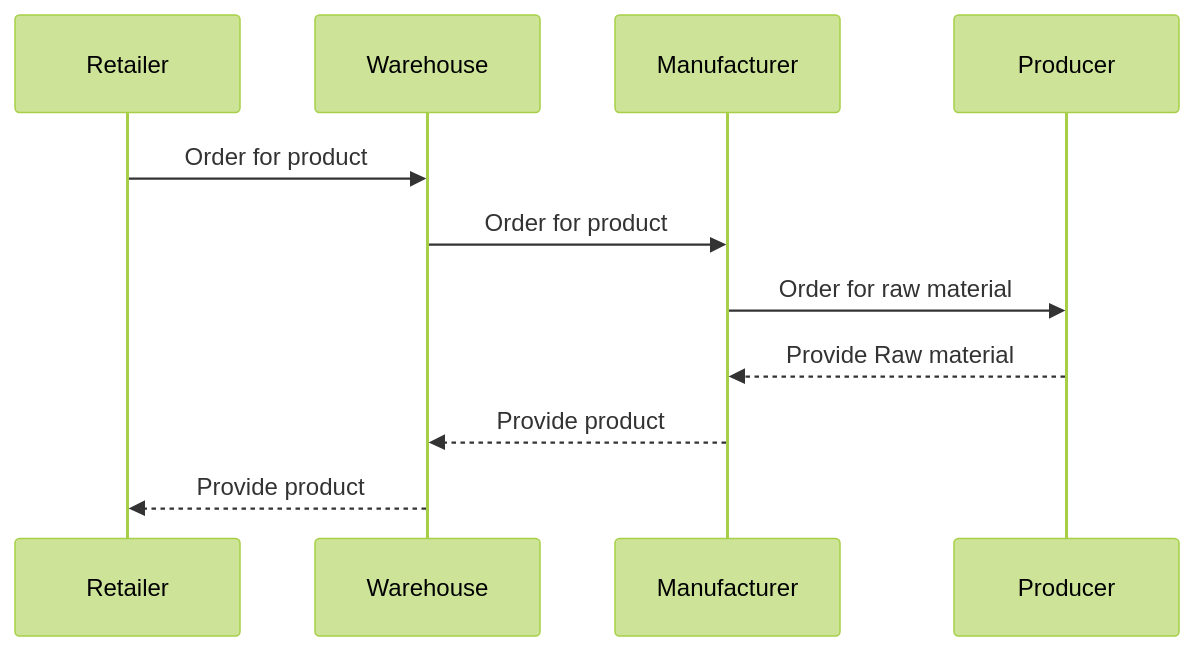
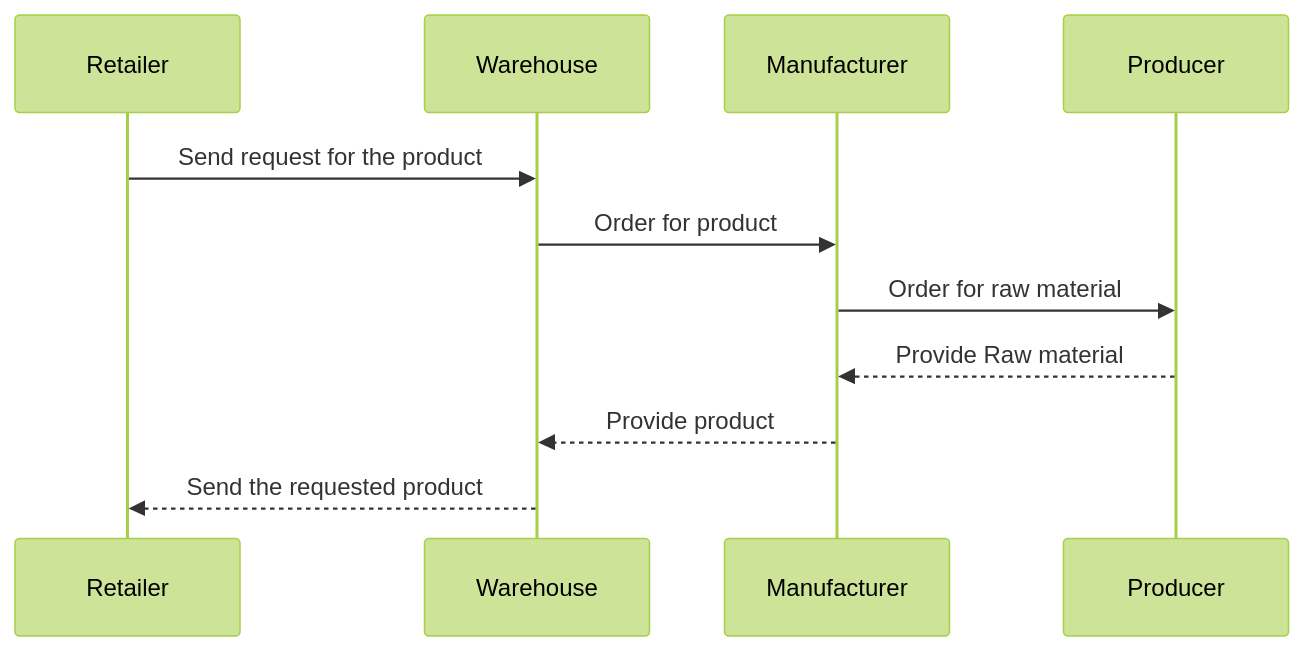
One commit to abhi3700/My_Learning_Hyperledger changed the diagram in README.md. Above: the diagram before and after it, drawn with Mermaid (forest theme). The commit also changed other lines of this file and 4 other files, not shown here.

````diff
--- a/README.md
+++ b/README.md
@@ -15,9 +18,9 @@
 ```mermaid
 sequenceDiagram
-Retailer->>Warehouse: Order for product
+Retailer->>Warehouse: Send request for the product
 Warehouse->>Manufacturer: Order for product
 Manufacturer->>Producer: Order for raw material
 Producer-->>Manufacturer: Provide Raw material
 Manufacturer-->>Warehouse: Provide product
-Warehouse-->>Retailer: Provide product
+Warehouse-->>Retailer: Send the requested product
 ```
````
